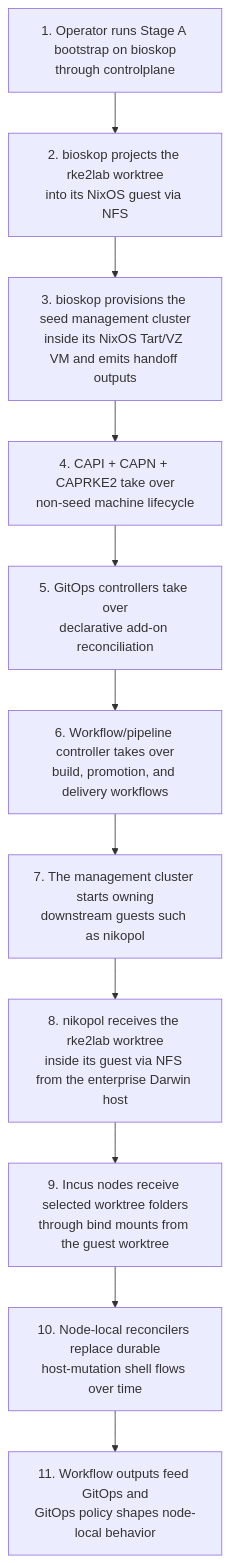
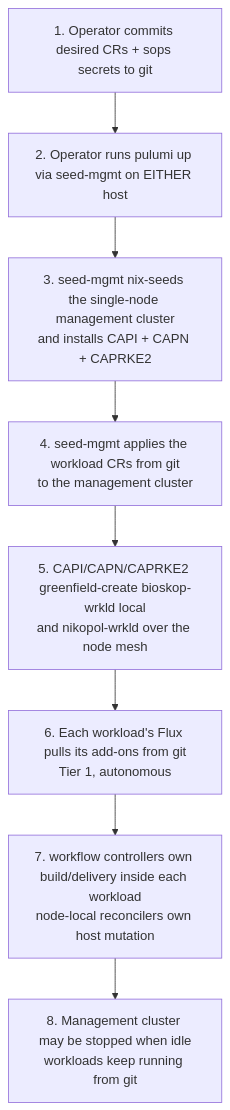
One commit to nxmatic/rke2lab changed the third of 3 diagrams in docs/architecture/cluster-api/post-bootstrap-in-cluster-ownership-plan.adoc. Above: the diagram before and after it, drawn with Mermaid. The commit also changed other lines of this file and 25 other files, not shown here.

First line of the commit message:
docs(architecture): reframe specs to management/workload separation

```diff
--- a/docs/architecture/cluster-api/post-bootstrap-in-cluster-ownership-plan.adoc
+++ b/docs/architecture/cluster-api/post-bootstrap-in-cluster-ownership-plan.adoc
@@ -239,17 +205,14 @@
 [mermaid,post-bootstrap-ownership-dynamic,svg]
 ----
 flowchart TD
-    step1[1. Operator runs Stage A bootstrap on bioskop<br/>through controlplane]
-    step2[2. bioskop projects the rke2lab worktree<br/>into its NixOS guest via NFS]
-    step3[3. bioskop provisions the seed management cluster<br/>inside its NixOS Tart/VZ VM and emits handoff outputs]
-    step4[4. CAPI + CAPN + CAPRKE2 take over<br/>non-seed machine lifecycle]
-    step5[5. GitOps controllers take over<br/>declarative add-on reconciliation]
-    step6[6. Workflow/pipeline controller takes over<br/>build, promotion, and delivery workflows]
-    step7[7. The management cluster starts owning<br/>downstream guests such as nikopol]
-    step8[8. nikopol receives the rke2lab worktree<br/>inside its guest via NFS from the enterprise Darwin host]
-    step9[9. Incus nodes receive selected worktree folders<br/>through bind mounts from the guest worktree]
-    step10[10. Node-local reconcilers replace durable<br/>host-mutation shell flows over time]
-    step11[11. Workflow outputs feed GitOps and<br/>GitOps policy shapes node-local behavior]
+    step1[1. Operator commits desired CRs + sops secrets to git]
+    step2[2. Operator runs pulumi up via seed-mgmt on EITHER host]
+    step3[3. seed-mgmt nix-seeds the single-node management cluster<br/>and installs CAPI + CAPN + CAPRKE2]
+    step4[4. seed-mgmt applies the workload CRs from git<br/>to the management cluster]
+    step5[5. CAPI/CAPN/CAPRKE2 greenfield-create bioskop-wrkld local<br/>and nikopol-wrkld over the node mesh]
+    step6[6. Each workload's Flux pulls its add-ons from git<br/>Tier 1, autonomous]
+    step7[7. workflow controllers own build/delivery inside each workload<br/>node-local reconcilers own host mutation]
+    step8[8. Management cluster may be stopped when idle<br/>workloads keep running from git]
 
-    step1 --> step2 --> step3 --> step4 --> step5 --> step6 --> step7 --> step8 --> step9 --> step10 --> step11
+    step1 --> step2 --> step3 --> step4 --> step5 --> step6 --> step7 --> step8
 ----
```
